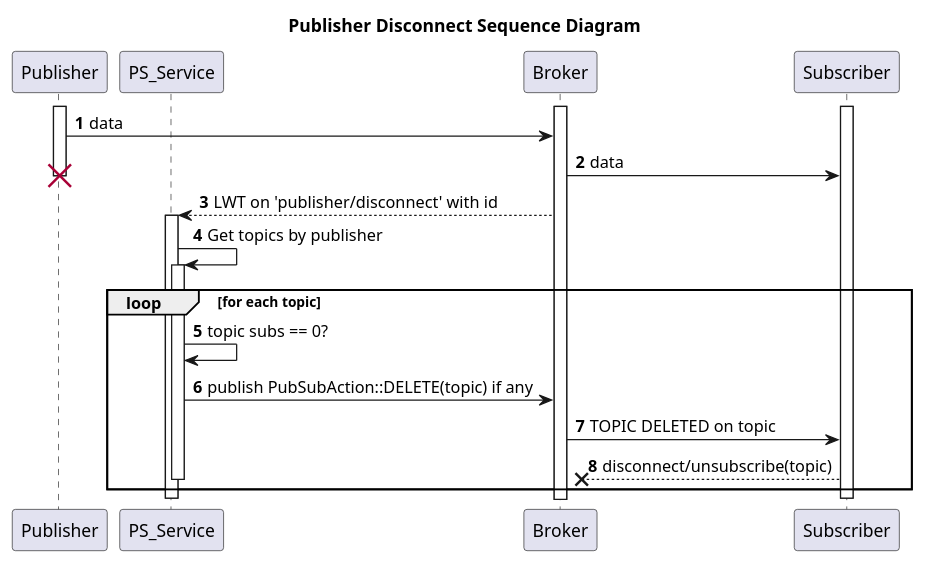
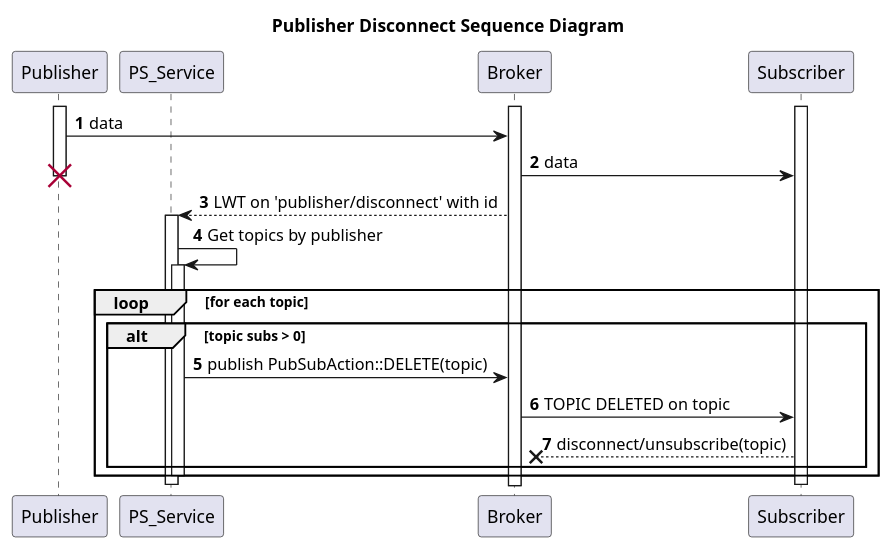
One commit to eclipse-chariott/Agemo changed the diagram in docs/diagrams/pub_disconnect_sequence.puml. Above: the diagram before and after it, drawn with PlantUML. The commit also changed 5 other files, not shown here.

Commit message:
updated sequence diagrams with suggested change

```diff
--- a/docs/diagrams/pub_disconnect_sequence.puml
+++ b/docs/diagrams/pub_disconnect_sequence.puml
@@ -1,25 +1,26 @@
-@startuml delete topic sequence diagram
+@startuml pub disconnect sequence diagram
 title Publisher Disconnect Sequence Diagram
 autonumber
 activate Publisher
 participant PS_Service
 activate Broker
 activate Subscriber
 
 Publisher -> Broker : data
 Broker -> Subscriber : data
 destroy Publisher
 Broker --> PS_Service : LWT on 'publisher/disconnect' with id
 activate PS_Service
 PS_Service -> PS_Service : Get topics by publisher
 activate PS_Service
 loop for each topic
-    PS_Service -> PS_Service : topic subs == 0?
-    PS_Service -> Broker : publish PubSubAction::DELETE(topic) if any
-Broker -> Subscriber : TOPIC DELETED on topic
-Subscriber -->x Broker : disconnect/unsubscribe(topic)
-deactivate PS_Service
+    alt topic subs > 0
+        PS_Service -> Broker : publish PubSubAction::DELETE(topic)
+        Broker -> Subscriber : TOPIC DELETED on topic
+        Subscriber -->x Broker : disconnect/unsubscribe(topic)
+    end
+    deactivate PS_Service
 end
 deactivate PS_Service
 deactivate Subscriber
 @enduml
```
